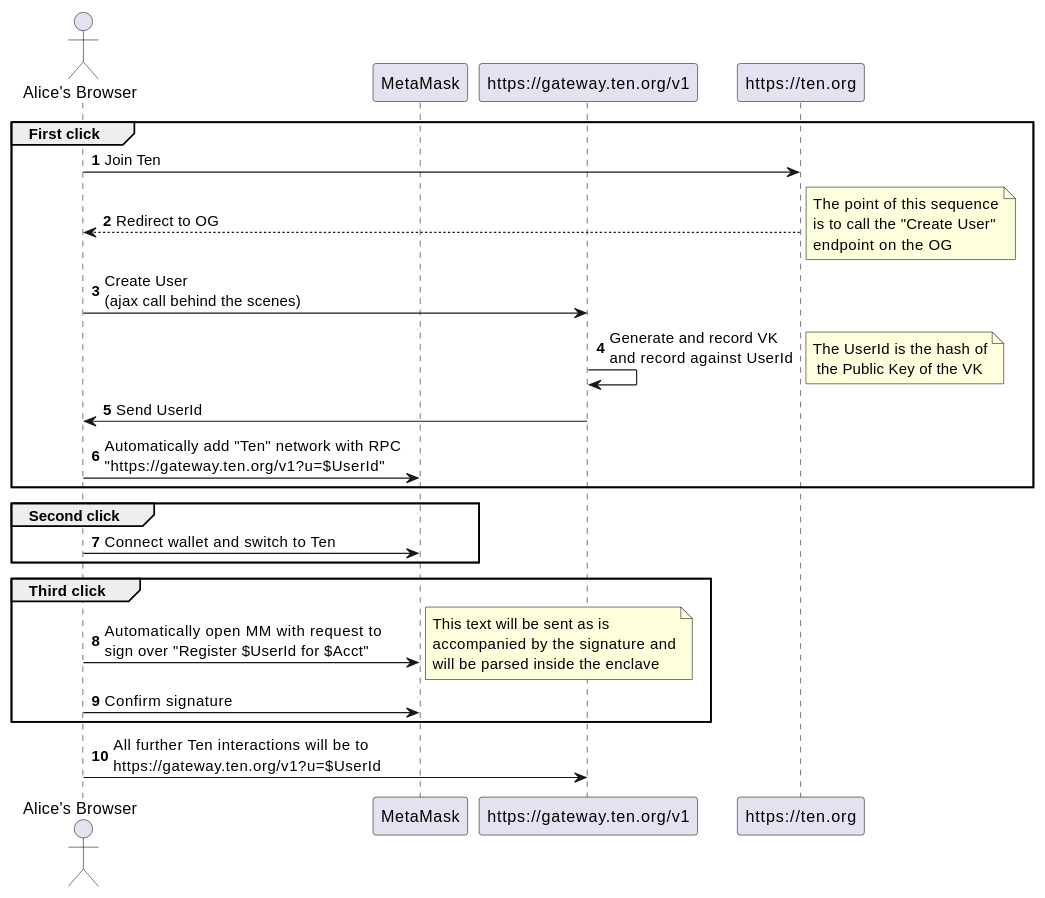
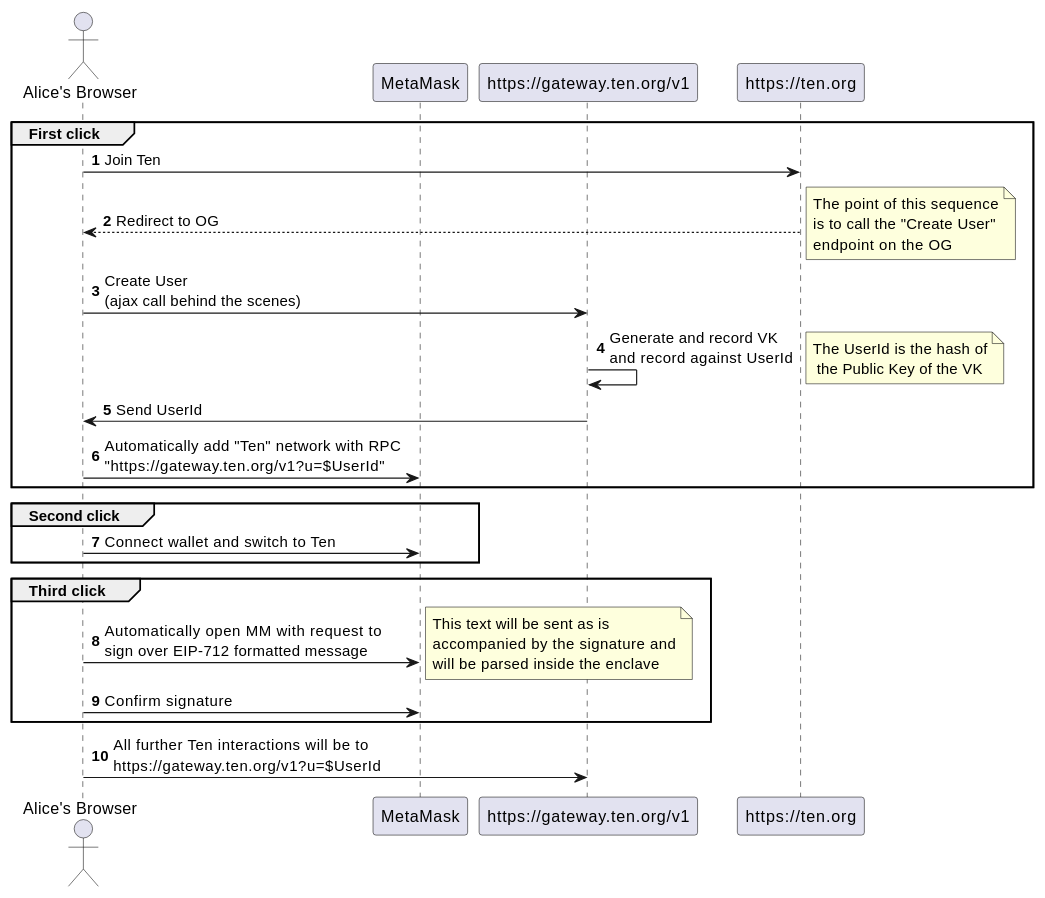
One commit to ten-protocol/go-ten changed the second of 2 diagrams in design/ux/Obscuro_Gateway.md. Above: the diagram before and after it, drawn with PlantUML. The commit also changed other lines of this file and 12 other files, not shown here.

````diff
--- a/design/ux/Obscuro_Gateway.md
+++ b/design/ux/Obscuro_Gateway.md
@@ -81,47 +81,47 @@
 ```plantuml
 @startuml
 'https://plantuml.com/sequence-diagram
 
 autonumber
 
 actor "Alice's Browser" as Alice
 participant MetaMask as MM
 participant "https://gateway.ten.org/v1" as OG
 participant "https://ten.org" as ON
 
 group First click
     Alice -> ON: Join Ten
     ON --> Alice: Redirect to OG
     note right
         The point of this sequence
         is to call the "Create User"
         endpoint on the OG
     end note
     Alice -> OG: Create User\n(ajax call behind the scenes)
     OG -> OG: Generate and record VK\nand record against UserId
     note right
         The UserId is the hash of
          the Public Key of the VK
     end note
     OG -> Alice: Send UserId
     Alice -> MM: Automatically add "Ten" network with RPC\n"https://gateway.ten.org/v1?u=$UserId"
 end
 
 group Second click
     Alice -> MM : Connect wallet and switch to Ten
 end
 
 group Third click
-    Alice -> MM: Automatically open MM with request to \nsign over "Register $UserId for $Acct"
+    Alice -> MM: Automatically open MM with request to \nsign over EIP-712 formatted message
     note right
         This text will be sent as is
         accompanied by the signature and
         will be parsed inside the enclave
     end note
     Alice -> MM : Confirm signature
 end
 
 Alice -> OG: All further Ten interactions will be to\nhttps://gateway.ten.org/v1?u=$UserId
 
 @enduml
 ```
````
